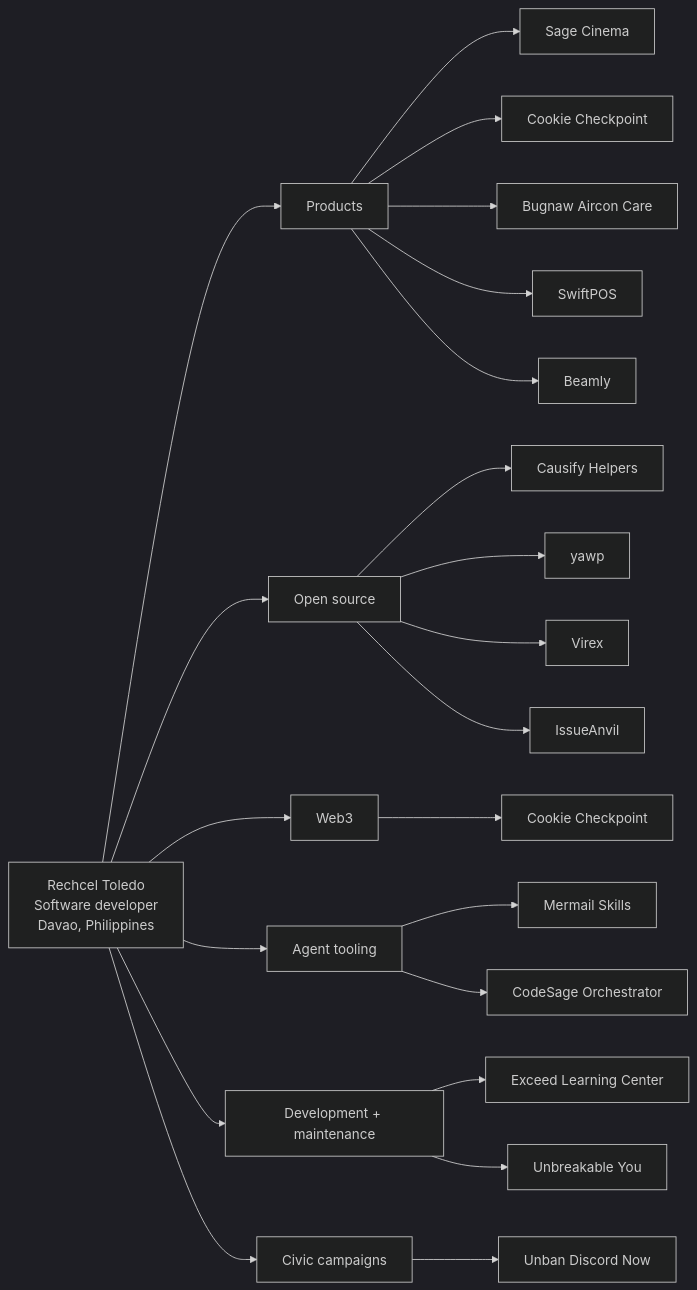
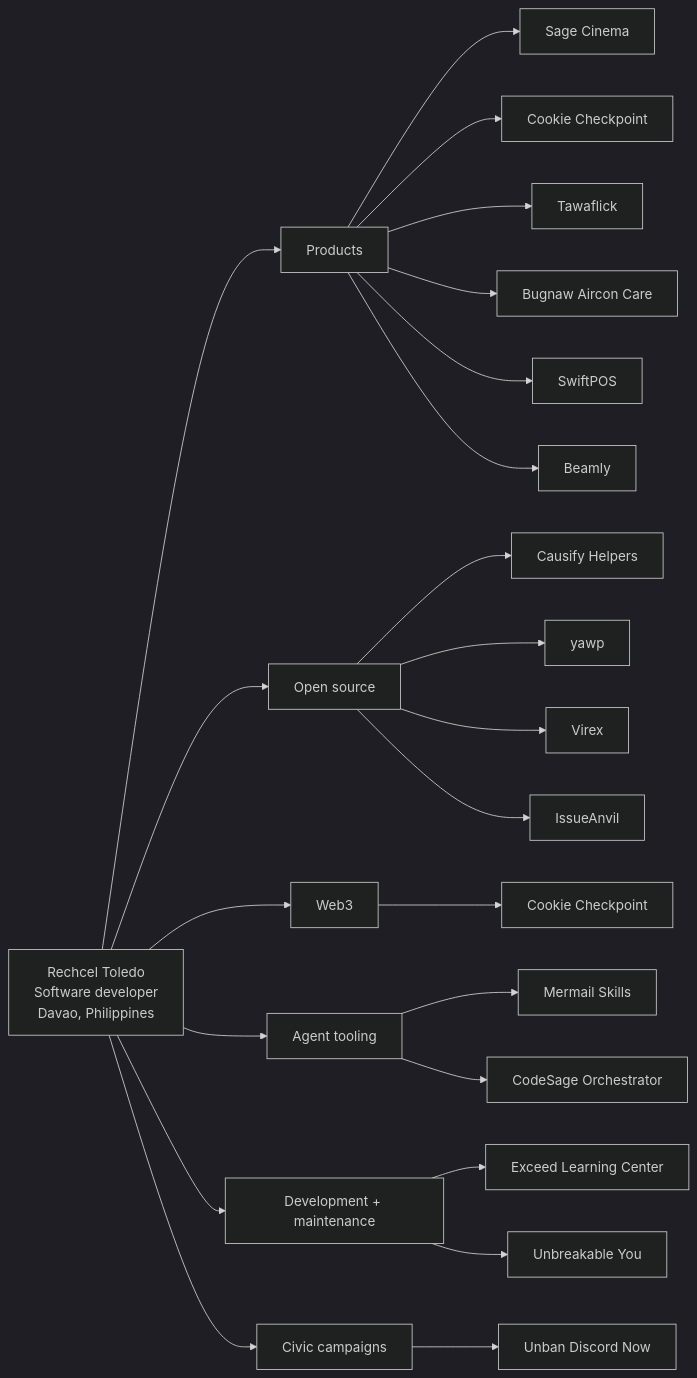
One commit to phcodesage/phcodesage.github.io changed the diagram in README.md. Above: the diagram before and after it, drawn with Mermaid (dark theme). The commit also changed other lines of this file and 6 other files, not shown here.

````diff
--- a/README.md
+++ b/README.md
@@ -66,25 +67,26 @@
 ```mermaid
 flowchart LR
     R[Rechcel Toledo<br/>Software developer<br/>Davao, Philippines]
     R --> P[Products]
     R --> O[Open source]
     R --> W[Web3]
     R --> A[Agent tooling]
     R --> M[Development + maintenance]
     P --> P1[Sage Cinema]
     P --> P2[Cookie Checkpoint]
+    P --> P6[Tawaflick]
     P --> P5[Bugnaw Aircon Care]
     R --> C[Civic campaigns]
     C --> C1[Unban Discord Now]
     O --> O1[Causify Helpers]
     W --> W1[Cookie Checkpoint]
     A --> A1[Mermail Skills]
     A --> A2[CodeSage Orchestrator]
     M --> M1[Exceed Learning Center]
     M --> M2[Unbreakable You]
     P --> P3[SwiftPOS]
     P --> P4[Beamly]
     O --> O2[yawp]
     O --> O3[Virex]
     O --> O4[IssueAnvil]
 ```
````
